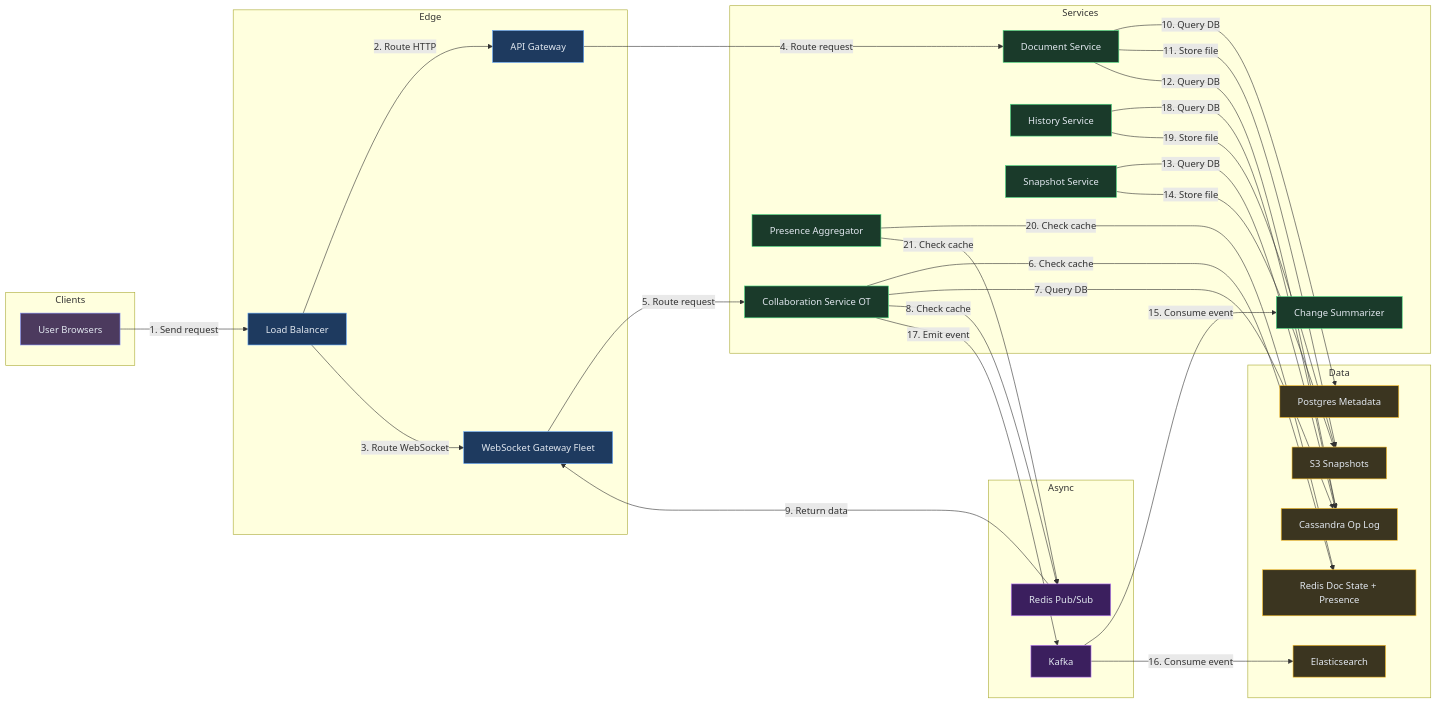
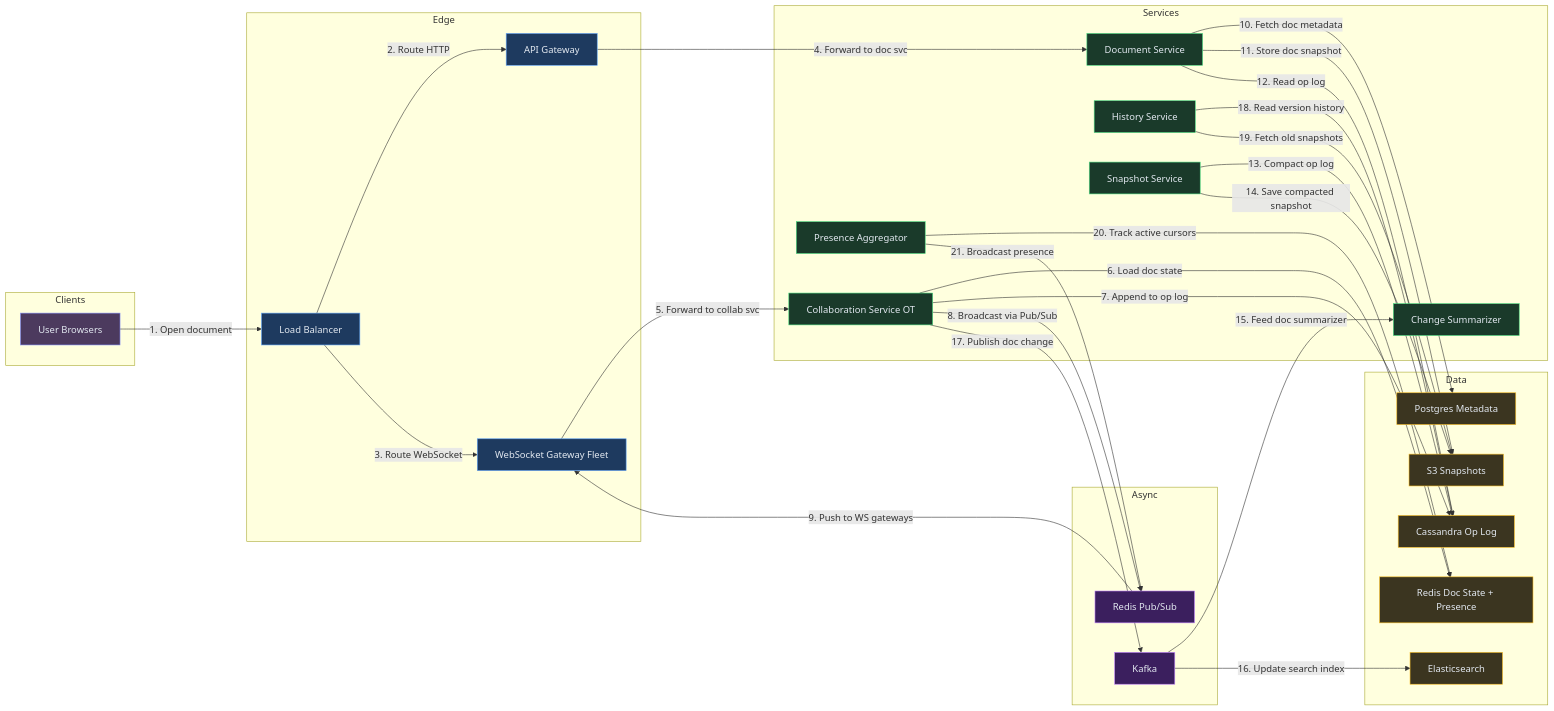
One commit to iluzn/HLD-Designs changed diagram 11 of 11 in content/hld/GoogleDocs.md. Above: the diagram before and after it, drawn with Mermaid. The commit also changed other lines of this file and 27 other files, not shown here.

````diff
--- a/content/hld/GoogleDocs.md
+++ b/content/hld/GoogleDocs.md
@@ -681,63 +681,63 @@
 ```mermaid
 flowchart LR
     subgraph Clients
         U1["User Browsers"]:::client
     end
 
     subgraph Edge
         LB["Load Balancer"]:::edge
         GW["API Gateway"]:::edge
         WSG["WebSocket Gateway Fleet"]:::edge
     end
 
     subgraph Services
         DS["Document Service"]:::service
         CS["Collaboration Service OT"]:::service
         HS["History Service"]:::service
         SS["Snapshot Service"]:::service
         SUMM["Change Summarizer"]:::service
         PRES["Presence Aggregator"]:::service
     end
 
     subgraph Async
         KF["Kafka"]:::async
         RPS["Redis Pub/Sub"]:::async
     end
 
     subgraph Data
         PG["Postgres Metadata"]:::data
         CAS["Cassandra Op Log"]:::data
         RED["Redis Doc State + Presence"]:::data
         S3["S3 Snapshots"]:::data
         ES["Elasticsearch"]:::data
     end
 
-    U1 -->|"1. Send request"| LB
+    U1 -->|"1. Open document"| LB
     LB -->|"2. Route HTTP"| GW
     LB -->|"3. Route WebSocket"| WSG
-    GW -->|"4. Route request"| DS
-    WSG -->|"5. Route request"| CS
-    CS -->|"6. Check cache"| RED
-    CS -->|"7. Query DB"| CAS
-    CS -->|"8. Check cache"| RPS
-    RPS -->|"9. Return data"| WSG
-    DS -->|"10. Query DB"| PG
-    DS -->|"11. Store file"| S3
-    DS -->|"12. Query DB"| CAS
-    SS -->|"13. Query DB"| CAS
-    SS -->|"14. Store file"| S3
-    KF -->|"15. Consume event"| SUMM
-    KF -->|"16. Consume event"| ES
-    CS -->|"17. Emit event"| KF
-    HS -->|"18. Query DB"| CAS
-    HS -->|"19. Store file"| S3
-    PRES -->|"20. Check cache"| RED
-    PRES -->|"21. Check cache"| RPS
+    GW -->|"4. Forward to doc svc"| DS
+    WSG -->|"5. Forward to collab svc"| CS
+    CS -->|"6. Load doc state"| RED
+    CS -->|"7. Append to op log"| CAS
+    CS -->|"8. Broadcast via Pub/Sub"| RPS
+    RPS -->|"9. Push to WS gateways"| WSG
+    DS -->|"10. Fetch doc metadata"| PG
+    DS -->|"11. Store doc snapshot"| S3
+    DS -->|"12. Read op log"| CAS
+    SS -->|"13. Compact op log"| CAS
+    SS -->|"14. Save compacted snapshot"| S3
+    KF -->|"15. Feed doc summarizer"| SUMM
+    KF -->|"16. Update search index"| ES
+    CS -->|"17. Publish doc change"| KF
+    HS -->|"18. Read version history"| CAS
+    HS -->|"19. Fetch old snapshots"| S3
+    PRES -->|"20. Track active cursors"| RED
+    PRES -->|"21. Broadcast presence"| RPS
 
     classDef client fill:#4c3a5e,stroke:#818cf8,color:#e2e8f0
     classDef edge fill:#1e3a5f,stroke:#60a5fa,color:#e2e8f0
     classDef service fill:#1a3a2a,stroke:#4ade80,color:#e2e8f0
     classDef async fill:#3b1f5e,stroke:#c084fc,color:#e2e8f0
     classDef data fill:#3b3520,stroke:#fbbf24,color:#e2e8f0
     classDef external fill:#4a1942,stroke:#f472b6,color:#e2e8f0
 ```
````
